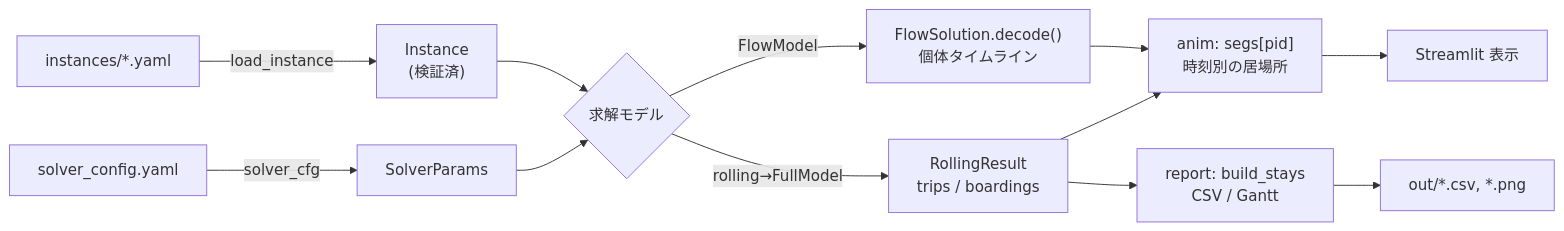
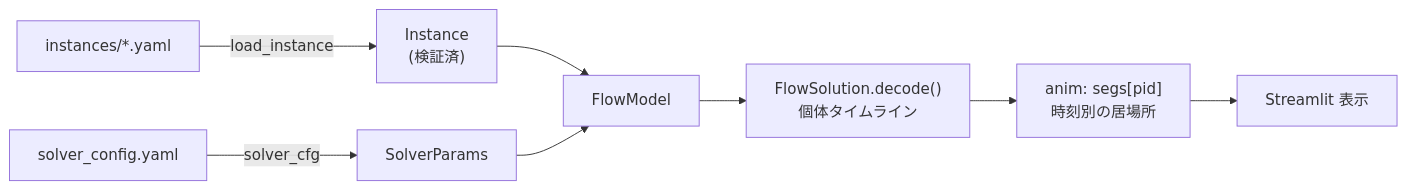
Before and after one commit to shun-gits/try: the fifth of 5 diagrams in howtouse_and_architecture.md, drawn with Mermaid. The commit also changed other lines of this file and 23 other files, not shown here.

````diff
--- a/howtouse_and_architecture.md
+++ b/howtouse_and_architecture.md
@@ -280,14 +221,10 @@
 ```mermaid
 flowchart LR
     Y["instances/*.yaml"] -->|load_instance| I["Instance<br/>(検証済)"]
     Cfg["solver_config.yaml"] -->|solver_cfg| SP["SolverParams"]
-    I --> M{"求解モデル"}
+    I --> M["FlowModel"]
     SP --> M
-    M -->|FlowModel| FS["FlowSolution.decode()<br/>個体タイムライン"]
-    M -->|rolling→FullModel| RR["RollingResult<br/>trips / boardings"]
+    M --> FS["FlowSolution.decode()<br/>個体タイムライン"]
     FS --> AN["anim: segs[pid]<br/>時刻別の居場所"]
-    RR --> REP["report: build_stays<br/>CSV / Gantt"]
-    RR --> AN
     AN --> UI["Streamlit 表示"]
-    REP --> Files["out/*.csv, *.png"]
 ```
````
